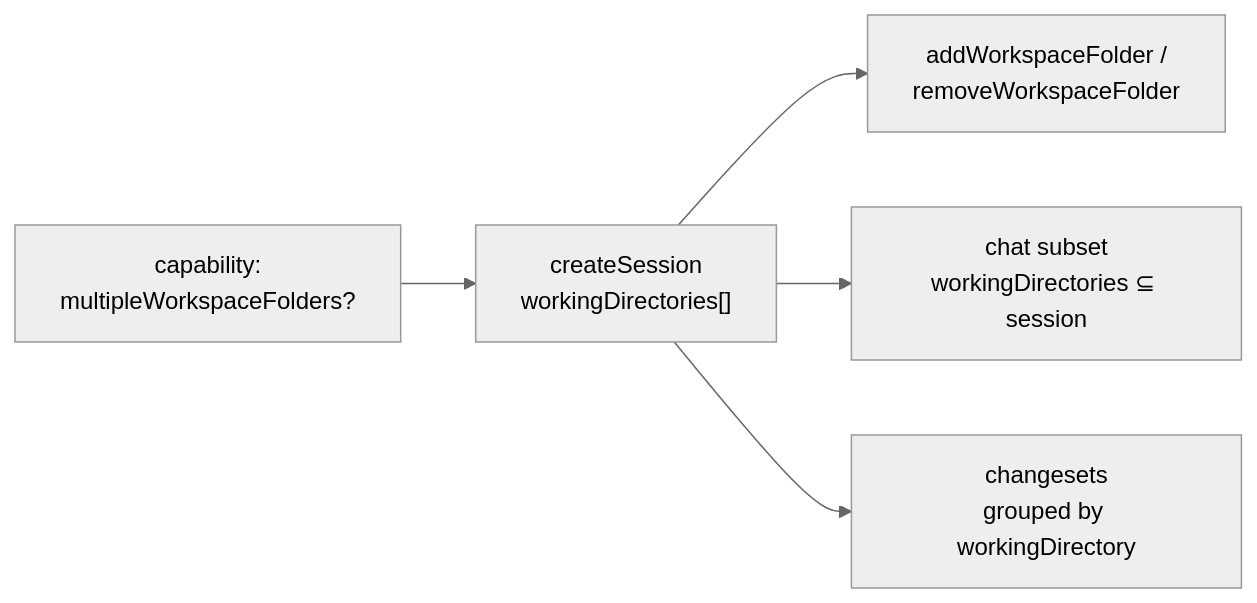
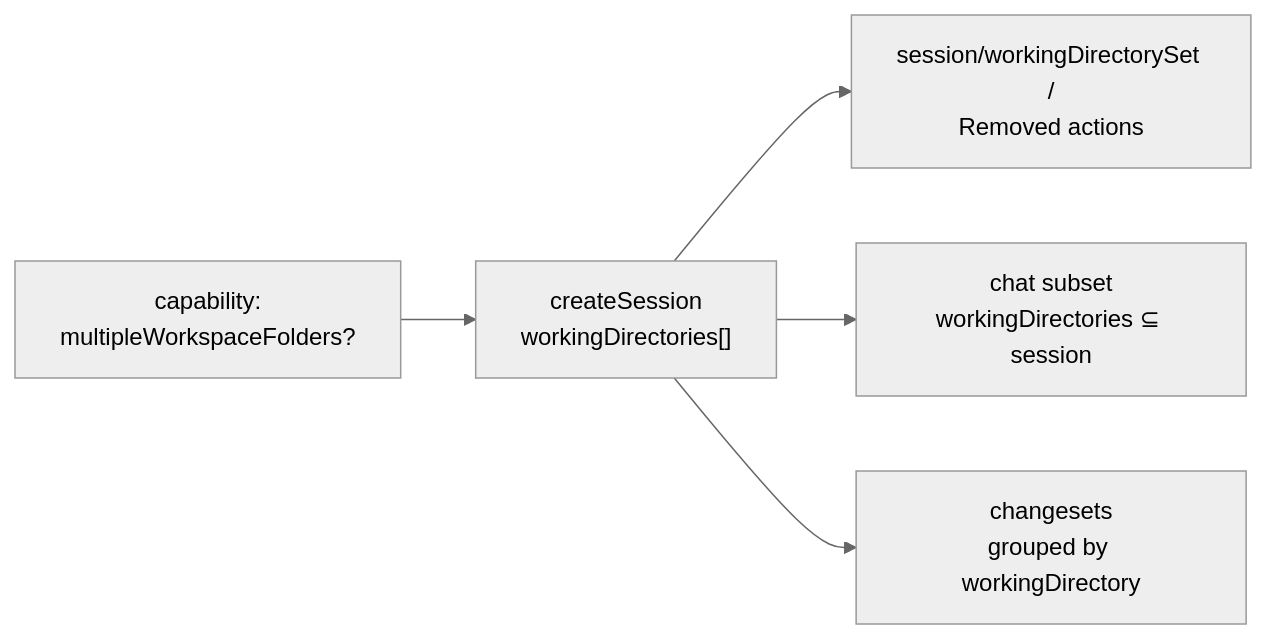
One commit to KhaiTrang1995/agent-host-protocol changed the second of 3 diagrams in docs/proposals/multiroot-sessions.md. Above: the diagram before and after it, drawn with Mermaid (neutral theme). The commit also changed other lines of this file and 71 other files, not shown here.

````diff
--- a/docs/proposals/multiroot-sessions.md
+++ b/docs/proposals/multiroot-sessions.md
@@ -134,7 +134,7 @@
 ```mermaid
 flowchart LR
     Cap["capability:<br/>multipleWorkspaceFolders?"] --> Create["createSession<br/>workingDirectories[]"]
-    Create --> Add["addWorkspaceFolder /<br/>removeWorkspaceFolder"]
+    Create --> Add["session/workingDirectorySet /<br/>Removed actions"]
     Create --> Chat["chat subset<br/>workingDirectories ⊆ session"]
     Create --> CS["changesets<br/>grouped by workingDirectory"]
 ```
````
